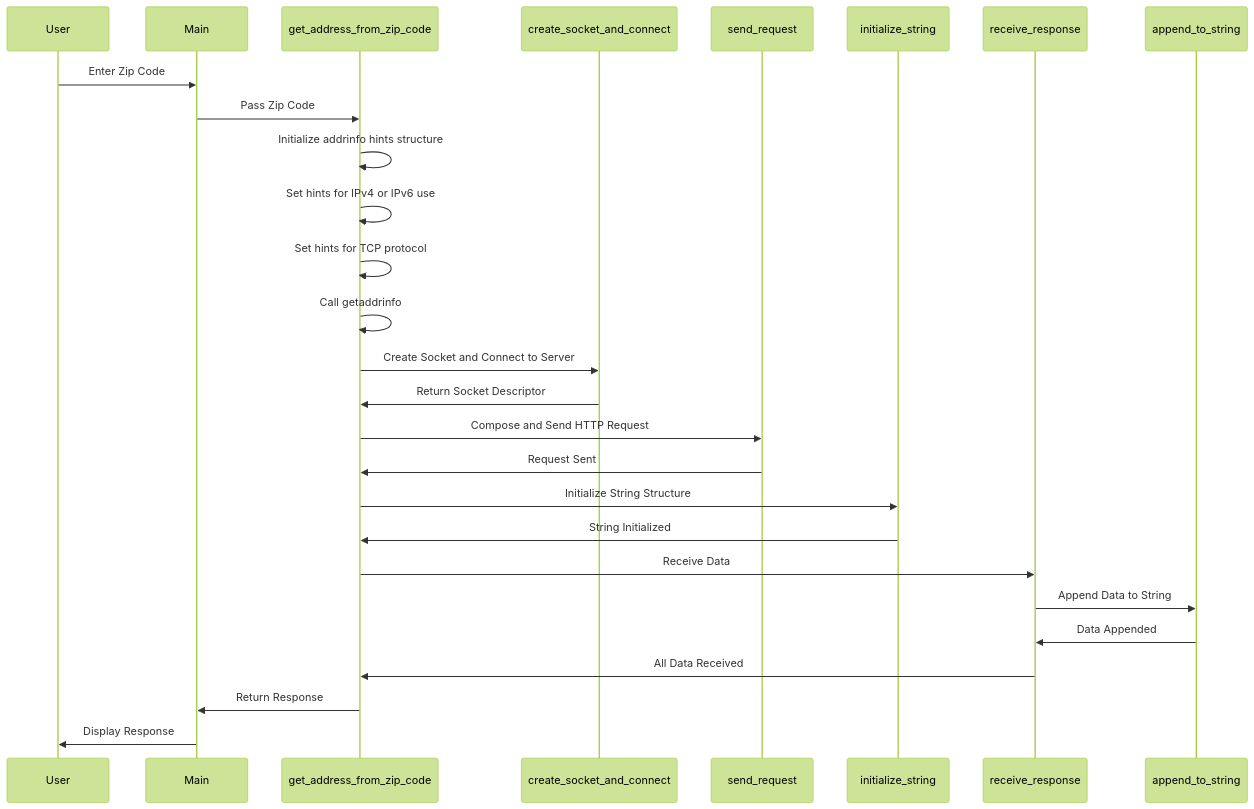
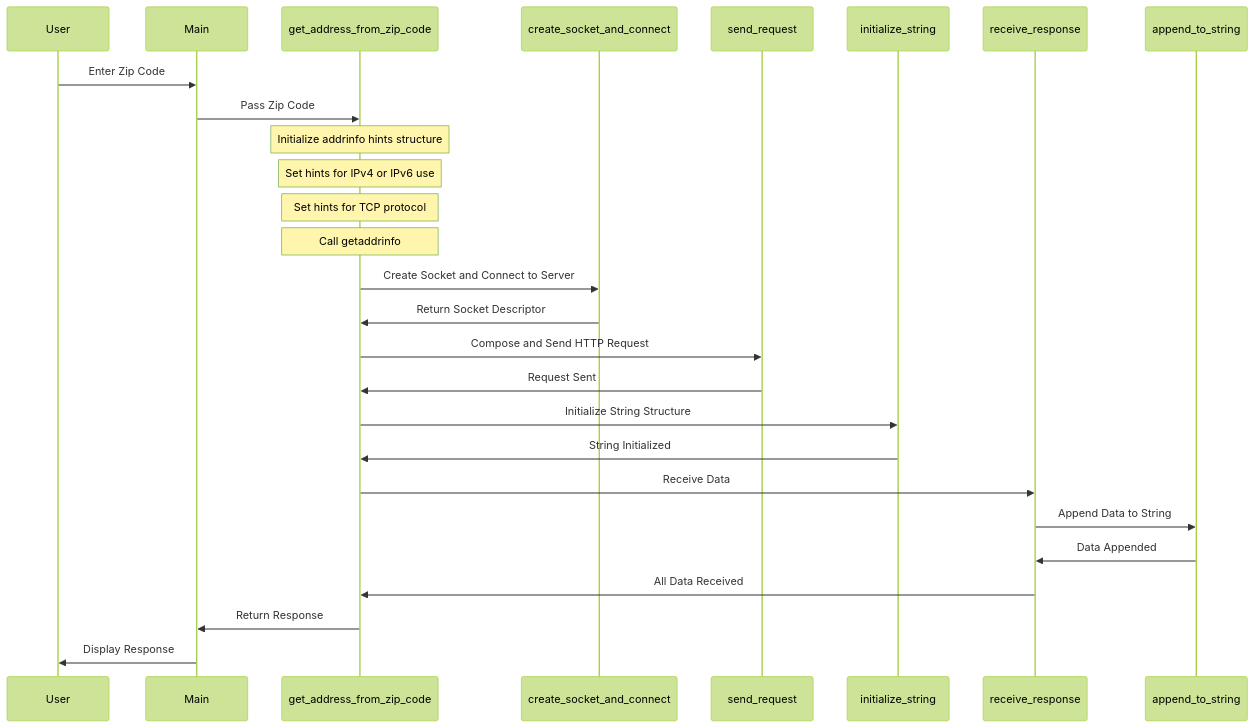
One commit to barrosohub/consulta-cep-usando-c changed the second of 2 diagrams in README.md. Above: the diagram before and after it, drawn with Mermaid (forest theme).

````diff
--- a/README.md
+++ b/README.md
@@ -46,30 +46,30 @@
 ```mermaid
 sequenceDiagram
     participant User
     participant Main
     participant get_address_from_zip_code
     participant create_socket_and_connect
     participant send_request
     participant initialize_string
     participant receive_response
     participant append_to_string
 
     User->>Main: Enter Zip Code
     Main->>get_address_from_zip_code: Pass Zip Code
-    get_address_from_zip_code->>get_address_from_zip_code: Initialize addrinfo hints structure
-    get_address_from_zip_code->>get_address_from_zip_code: Set hints for IPv4 or IPv6 use
-    get_address_from_zip_code->>get_address_from_zip_code: Set hints for TCP protocol
-    get_address_from_zip_code->>get_address_from_zip_code: Call getaddrinfo
+    Note over get_address_from_zip_code: Initialize addrinfo hints structure
+    Note over get_address_from_zip_code: Set hints for IPv4 or IPv6 use
+    Note over get_address_from_zip_code: Set hints for TCP protocol
+    Note over get_address_from_zip_code: Call getaddrinfo
     get_address_from_zip_code->>create_socket_and_connect: Create Socket and Connect to Server
     create_socket_and_connect->>get_address_from_zip_code: Return Socket Descriptor
     get_address_from_zip_code->>send_request: Compose and Send HTTP Request
     send_request->>get_address_from_zip_code: Request Sent
     get_address_from_zip_code->>initialize_string: Initialize String Structure
     initialize_string->>get_address_from_zip_code: String Initialized
     get_address_from_zip_code->>receive_response: Receive Data
     receive_response->>append_to_string: Append Data to String
     append_to_string->>receive_response: Data Appended
     receive_response->>get_address_from_zip_code: All Data Received
     get_address_from_zip_code->>Main: Return Response
     Main->>User: Display Response
 ```
````
